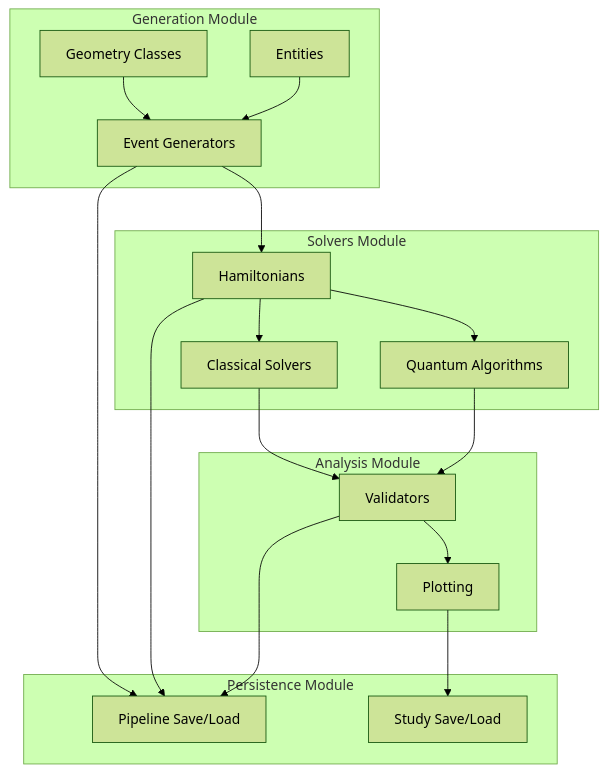
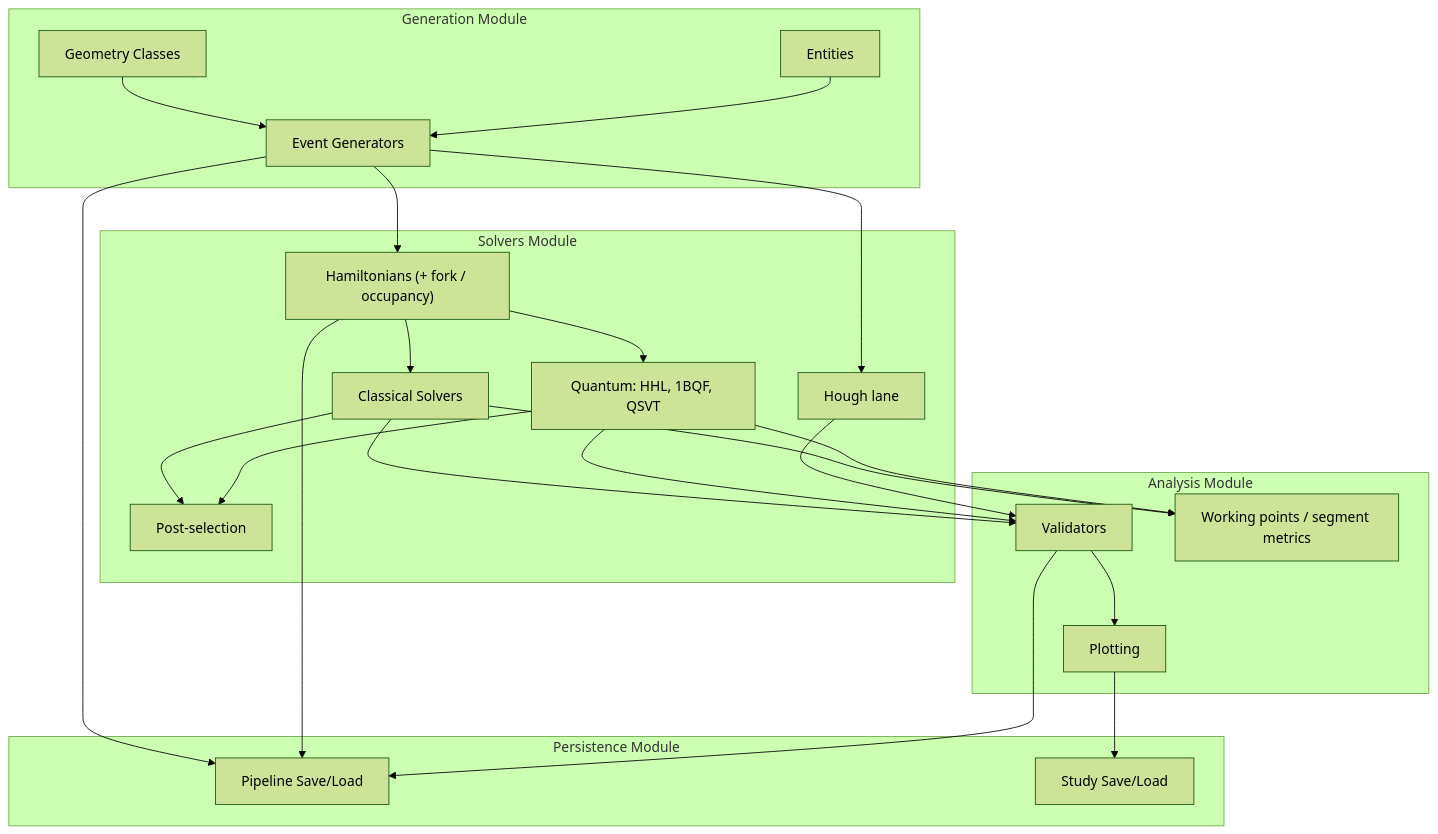
Before and after one commit to GeorgeWilliam1999/LHCb_VeLo_Toy_Model: the first of 17 diagrams in docs/FLOW_DIAGRAMS.md, drawn with Mermaid (forest theme). The commit also changed other lines of this file and 12 other files, not shown here.

````diff
--- a/docs/FLOW_DIAGRAMS.md
+++ b/docs/FLOW_DIAGRAMS.md
@@ -24,38 +24,47 @@
 ```mermaid
 graph TB
     subgraph generation["Generation Module"]
         GEO[Geometry Classes]
         EVG[Event Generators]
         DAT[Entities]
     end
 
     subgraph solvers["Solvers Module"]
-        HAM[Hamiltonians]
+        HAM["Hamiltonians (+ fork / occupancy)"]
         CLS[Classical Solvers]
-        QUA[Quantum Algorithms]
+        QUA["Quantum: HHL, 1BQF, QSVT"]
+        HOU[Hough lane]
+        PSL[Post-selection]
     end
 
     subgraph analysis["Analysis Module"]
         VAL[Validators]
+        WPS["Working points / segment metrics"]
         PLT[Plotting]
     end
 
     subgraph persistence["Persistence Module"]
         PIP[Pipeline Save/Load]
         STU[Study Save/Load]
     end
 
     GEO --> EVG
     DAT --> EVG
     EVG --> HAM
+    EVG --> HOU
     HAM --> CLS
     HAM --> QUA
+    CLS --> PSL
+    QUA --> PSL
     CLS --> VAL
     QUA --> VAL
+    HOU --> VAL
+    CLS --> WPS
+    QUA --> WPS
     VAL --> PLT
 
     EVG --> PIP
     HAM --> PIP
     VAL --> PIP
     PLT --> STU
 ```
````
